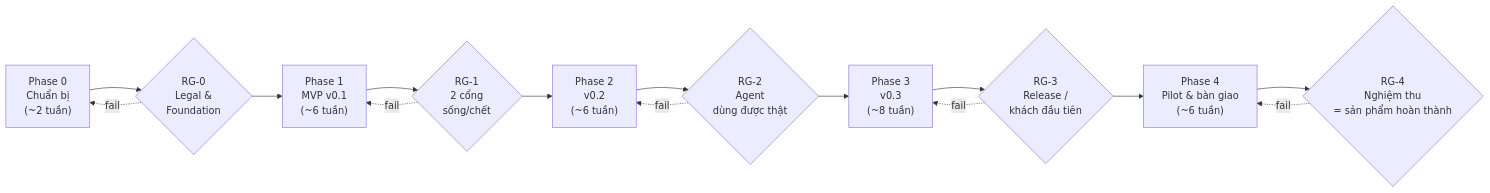
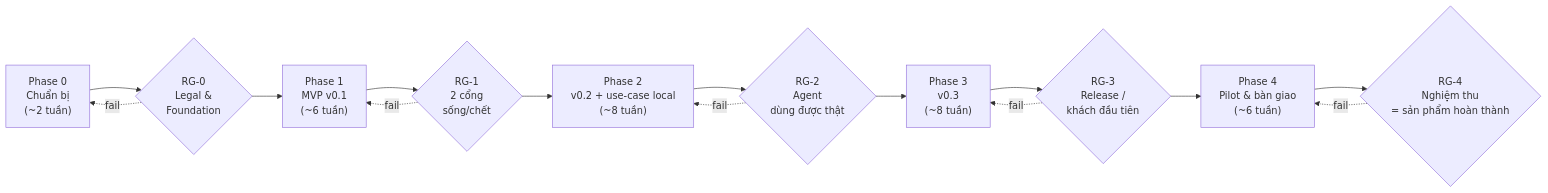
Before and after one commit to anhnth24/yett: the first of 2 diagrams in docs/harness-execution-plan.md, drawn with Mermaid. The commit also changed other lines of this file and 3 other files, not shown here.

First line of the commit message:
Add local DevOps-assistant use case with remote-ops and DB hardline rules

````diff
--- a/docs/harness-execution-plan.md
+++ b/docs/harness-execution-plan.md
@@ -35,18 +37,18 @@
 ```mermaid
 flowchart LR
     P0["Phase 0<br/>Chuẩn bị<br/>(~2 tuần)"] --> RG0{"RG-0<br/>Legal &<br/>Foundation"}
     RG0 --> P1["Phase 1<br/>MVP v0.1<br/>(~6 tuần)"]
     P1 --> RG1{"RG-1<br/>2 cổng<br/>sống/chết"}
-    RG1 --> P2["Phase 2<br/>v0.2<br/>(~6 tuần)"]
+    RG1 --> P2["Phase 2<br/>v0.2 + use-case local<br/>(~8 tuần)"]
     P2 --> RG2{"RG-2<br/>Agent<br/>dùng được thật"}
     RG2 --> P3["Phase 3<br/>v0.3<br/>(~8 tuần)"]
     P3 --> RG3{"RG-3<br/>Release /<br/>khách đầu tiên"}
     RG3 --> P4["Phase 4<br/>Pilot & bàn giao<br/>(~6 tuần)"]
     P4 --> RG4{"RG-4<br/>Nghiệm thu<br/>= sản phẩm hoàn thành"}
 
     RG0 -.->|fail| P0
     RG1 -.->|fail| P1
     RG2 -.->|fail| P2
     RG3 -.->|fail| P3
     RG4 -.->|fail| P4
 ```
````
